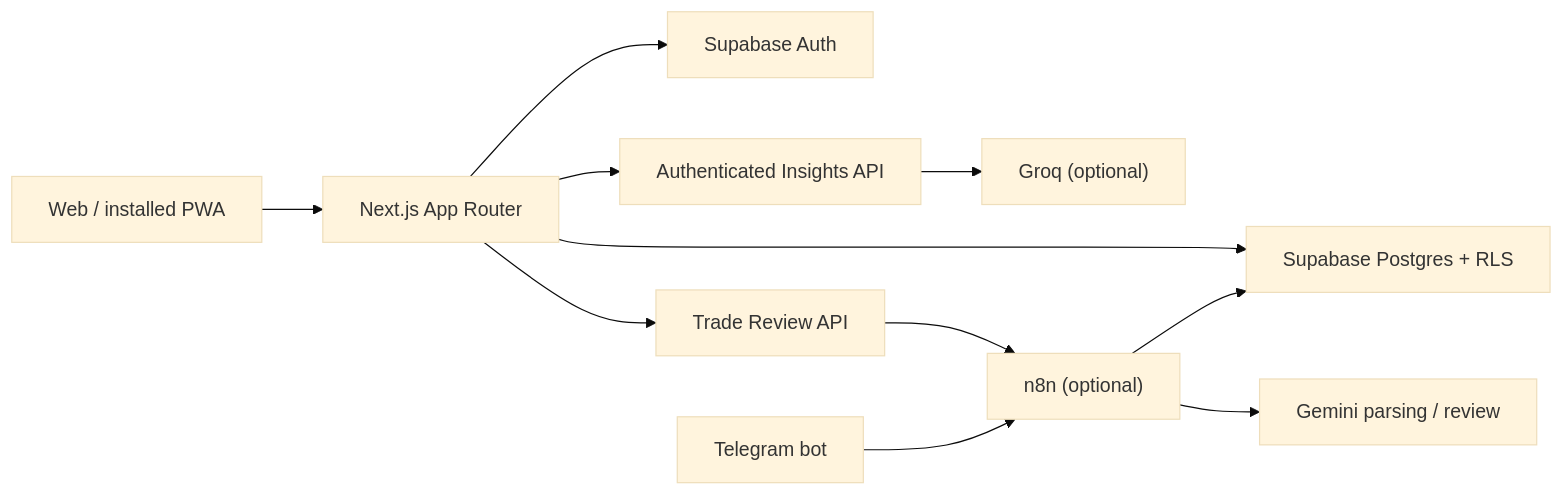
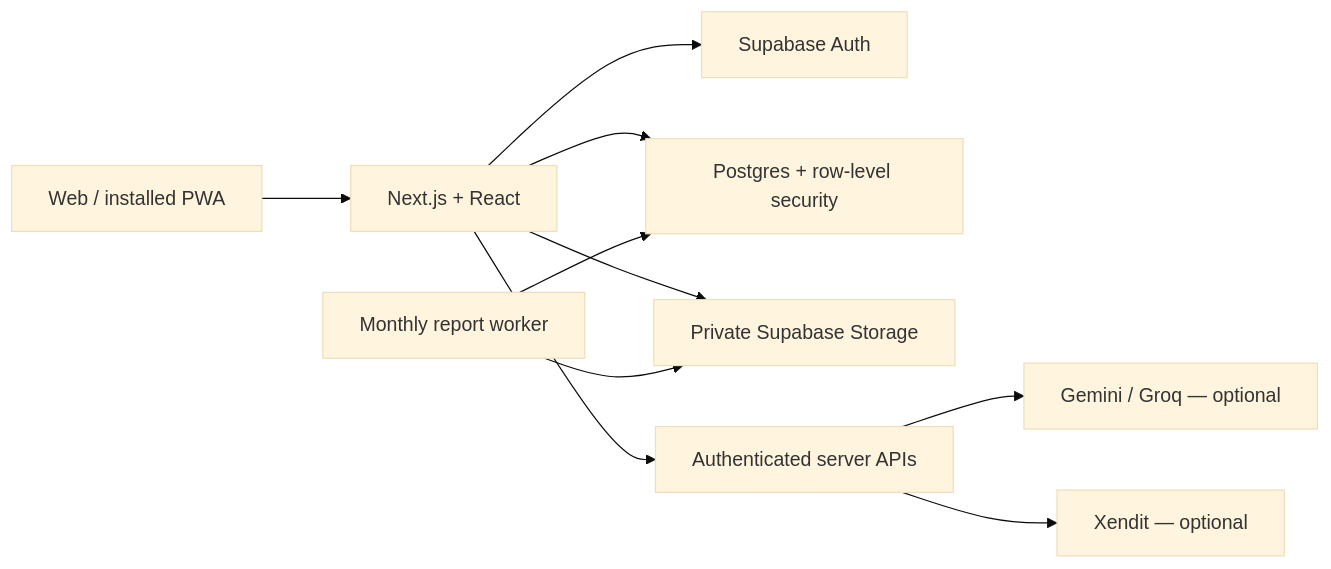
One commit to kuchikamizake05/DuitLo changed the diagram in README.md. Above: the diagram before and after it, drawn with Mermaid (base theme). The commit also changed other lines of this file and 1 other file, not shown here.

````diff
--- a/README.md
+++ b/README.md
@@ -148,13 +74,12 @@
 ```mermaid
 flowchart LR
-    User["Web / installed PWA"] --> App["Next.js App Router"]
-    App --> Auth["Supabase Auth"]
-    App --> DB["Supabase Postgres + RLS"]
-    App --> Insights["Authenticated Insights API"]
-    Insights --> Groq["Groq (optional)"]
-    App --> Review["Trade Review API"]
-    Review --> N8N["n8n (optional)"]
-    Telegram["Telegram bot"] --> N8N
-    N8N --> Gemini["Gemini parsing / review"]
-    N8N --> DB
+    User[Web / installed PWA] --> App[Next.js + React]
+    App --> Auth[Supabase Auth]
+    App --> DB[Postgres + row-level security]
+    App --> Storage[Private Supabase Storage]
+    App --> API[Authenticated server APIs]
+    API --> AI[Gemini / Groq — optional]
+    API --> Billing[Xendit — optional]
+    Worker[Monthly report worker] --> DB
+    Worker --> Storage
 ```
````
